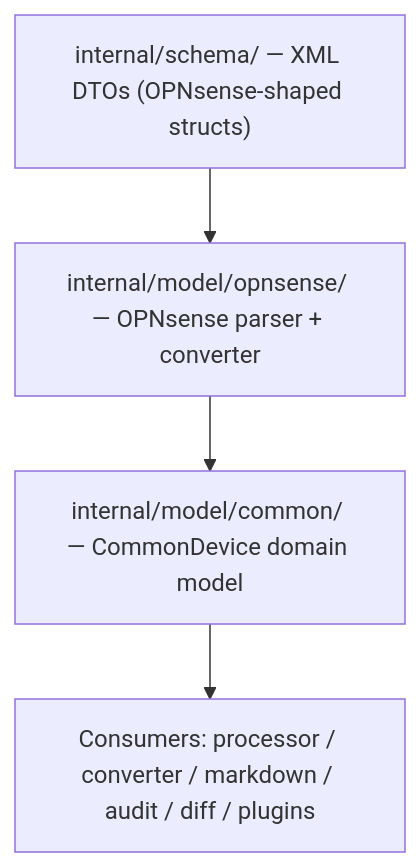
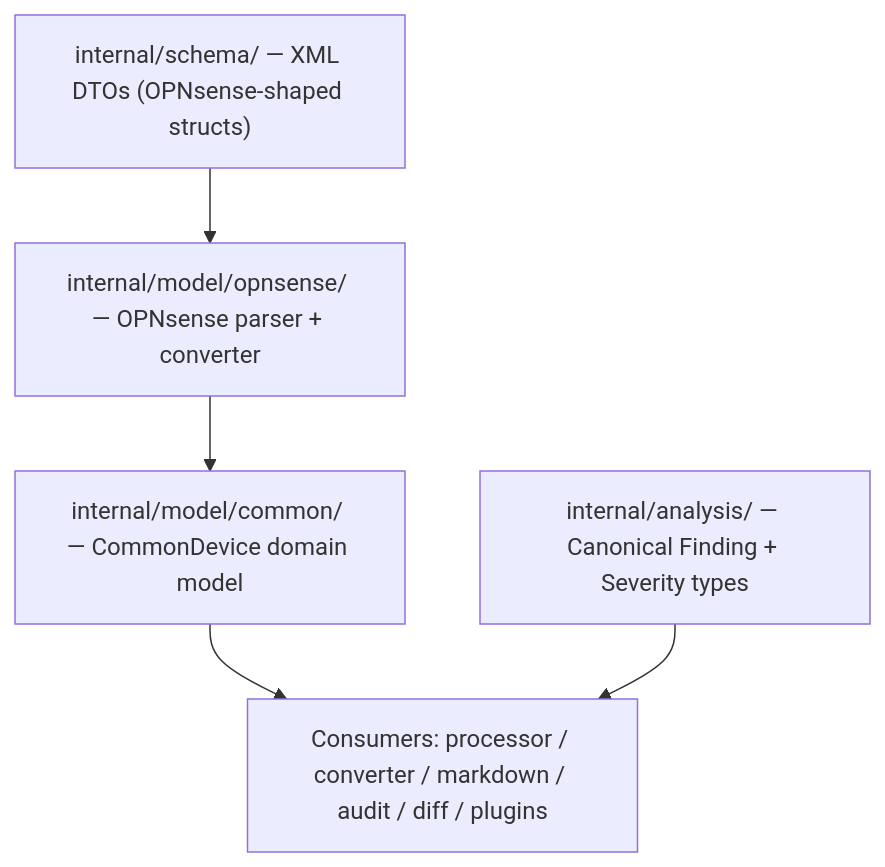
The second of 11 diagrams in docs/development/architecture.md (EvilBit-Labs/opnDossier), drawn with Mermaid before and after one commit. The commit also changed other lines of this file and 26 other files, not shown here.

````diff
--- a/docs/development/architecture.md
+++ b/docs/development/architecture.md
@@ -160,11 +170,13 @@
 ```mermaid
 graph TD
     A["internal/schema/ — XML DTOs (OPNsense-shaped structs)"]
     B["internal/model/opnsense/ — OPNsense parser + converter"]
     C["internal/model/common/ — CommonDevice domain model"]
-    D["Consumers: processor / converter / markdown / audit / diff / plugins"]
+    D["internal/analysis/ — Canonical Finding + Severity types"]
+    E["Consumers: processor / converter / markdown / audit / diff / plugins"]
 
     A --> B
     B --> C
-    C --> D
+    C --> E
+    D --> E
 ```
````
